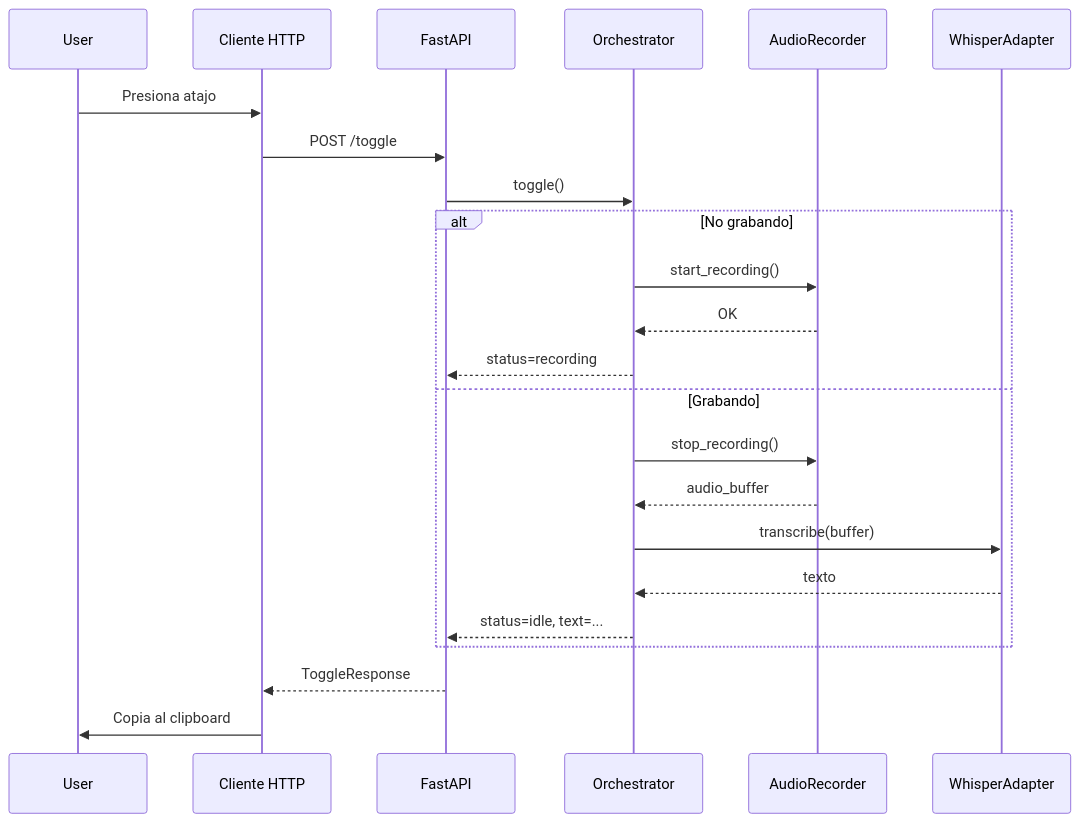
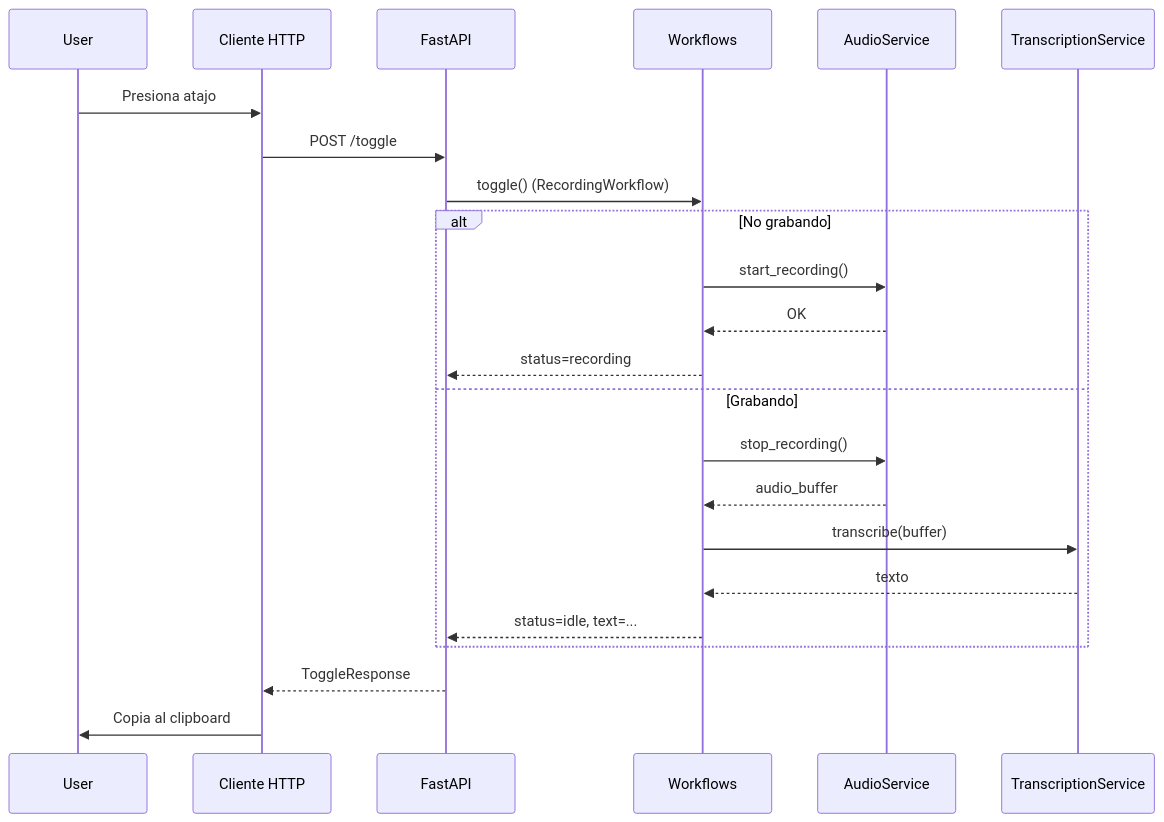
Before and after one commit to zarvent/v2m-lab: the second of 2 diagrams in docs/docs/es/arquitectura.md, drawn with Mermaid. The commit also changed other lines of this file and 14 other files, not shown here.

````diff
--- a/docs/docs/es/arquitectura.md
+++ b/docs/docs/es/arquitectura.md
@@ -141,28 +140,28 @@
 ```mermaid
 sequenceDiagram
     participant User
     participant Client as Cliente HTTP
     participant API as FastAPI
-    participant Orch as Orchestrator
-    participant Audio as AudioRecorder
-    participant Whisper as WhisperAdapter
+    participant WF as Workflows
+    participant Audio as AudioService
+    participant Whisper as TranscriptionService
 
     User->>Client: Presiona atajo
     Client->>API: POST /toggle
-    API->>Orch: toggle()
+    API->>WF: toggle() (RecordingWorkflow)
 
     alt No grabando
-        Orch->>Audio: start_recording()
-        Audio-->>Orch: OK
-        Orch-->>API: status=recording
+        WF->>Audio: start_recording()
+        Audio-->>WF: OK
+        WF-->>API: status=recording
     else Grabando
-        Orch->>Audio: stop_recording()
-        Audio-->>Orch: audio_buffer
-        Orch->>Whisper: transcribe(buffer)
-        Whisper-->>Orch: texto
-        Orch-->>API: status=idle, text=...
+        WF->>Audio: stop_recording()
+        Audio-->>WF: audio_buffer
+        WF->>Whisper: transcribe(buffer)
+        Whisper-->>WF: texto
+        WF-->>API: status=idle, text=...
     end
 
     API-->>Client: ToggleResponse
     Client->>User: Copia al clipboard
 ```
````
